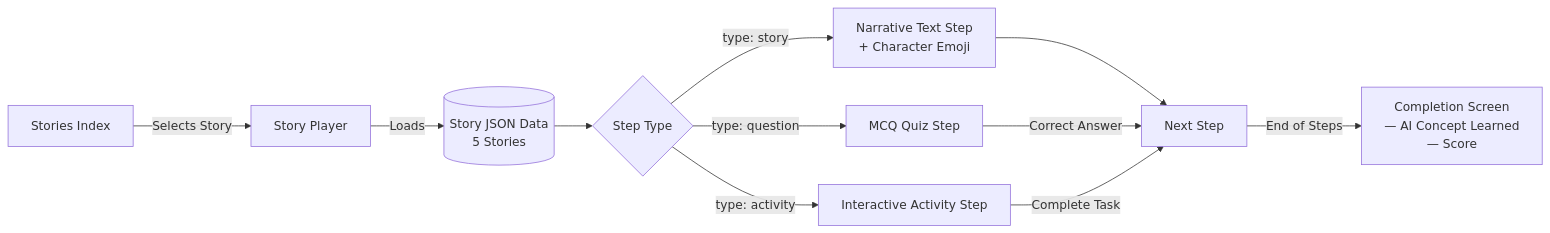
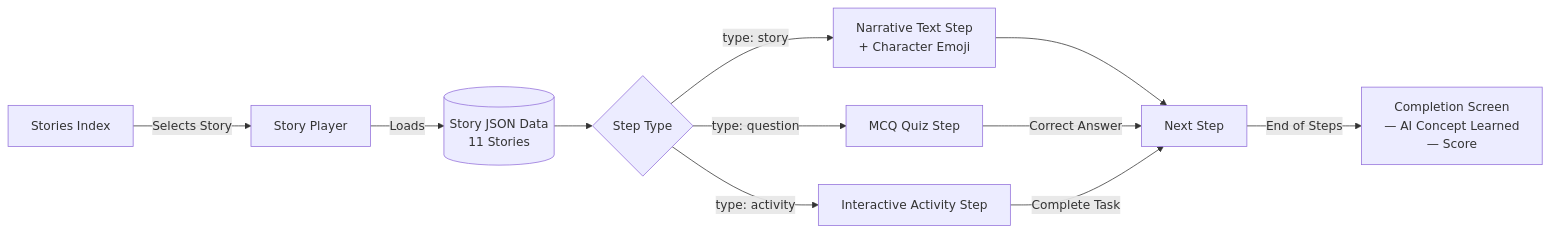
The fourth of 4 diagrams in docs/architecture.md (kenyjohn/avenircore-kids), drawn with Mermaid before and after one commit. The commit also changed other lines of this file and 17 other files, not shown here.

````diff
--- a/docs/architecture.md
+++ b/docs/architecture.md
@@ -114,16 +114,16 @@
 ```mermaid
 flowchart LR
     Index[Stories Index] -->|Selects Story| Player[Story Player]
-    Player -->|Loads| JSON[(Story JSON Data\n5 Stories)]
+    Player -->|Loads| JSON[(Story JSON Data\n11 Stories)]
     
     JSON --> RouterLogic{Step Type}
     
     RouterLogic -->|type: story| StoryStep[Narrative Text Step\n+ Character Emoji]
     RouterLogic -->|type: question| QuestionStep[MCQ Quiz Step]
     RouterLogic -->|type: activity| ActivityStep[Interactive Activity Step]
 
     StoryStep --> Progression[Next Step]
     QuestionStep -->|Correct Answer| Progression
     ActivityStep -->|Complete Task| Progression
     Progression -->|End of Steps| Completion[Completion Screen\n— AI Concept Learned\n— Score]
 ```
````
